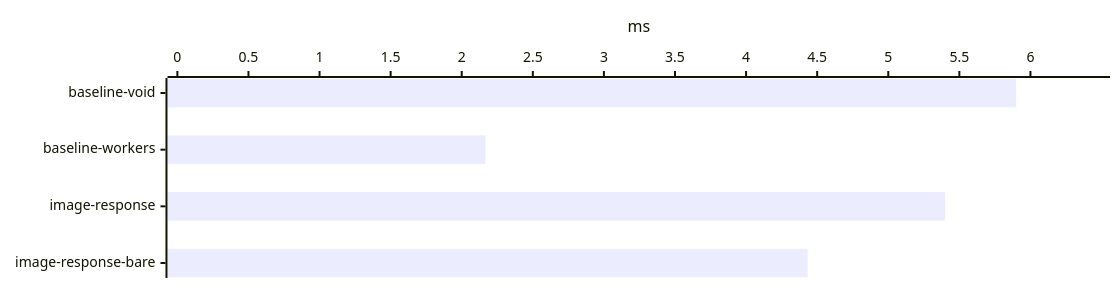
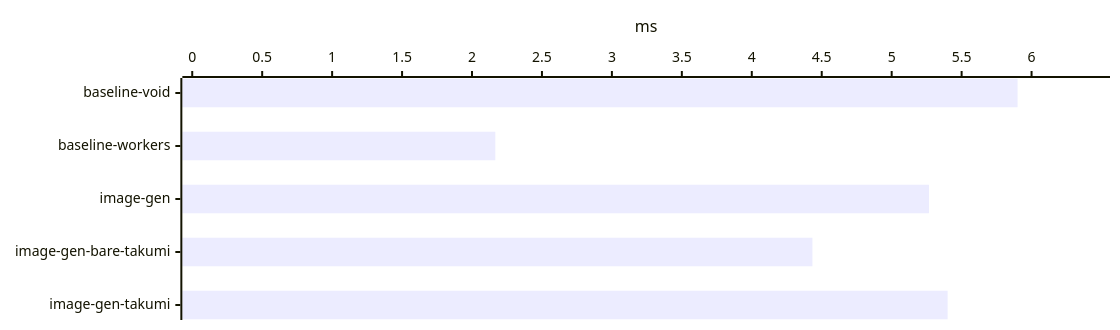
The fifth of 25 diagrams in benchmark/report.md (voidzero-dev/void), drawn with Mermaid before and after one commit. The commit also changed other lines of this file and 41 other files, not shown here.

````diff
--- a/benchmark/report.md
+++ b/benchmark/report.md
@@ -100,12 +102,12 @@
 ```mermaid
 ---
 config:
   xyChart:
     width: 1100
-    height: 268
+    height: 310
 ---
 xychart-beta horizontal
-    x-axis ["baseline-void", "baseline-workers", "image-response", "image-response-bare"]
+    x-axis ["baseline-void", "baseline-workers", "image-gen", "image-gen-bare-takumi", "image-gen-takumi"]
     y-axis "ms" 0 --> 6.49
-    bar [5.9, 2.1666667, 5.4, 4.4333333]
+    bar [5.9, 2.1666667, 5.2666667, 4.4333333, 5.4]
 ```
````
